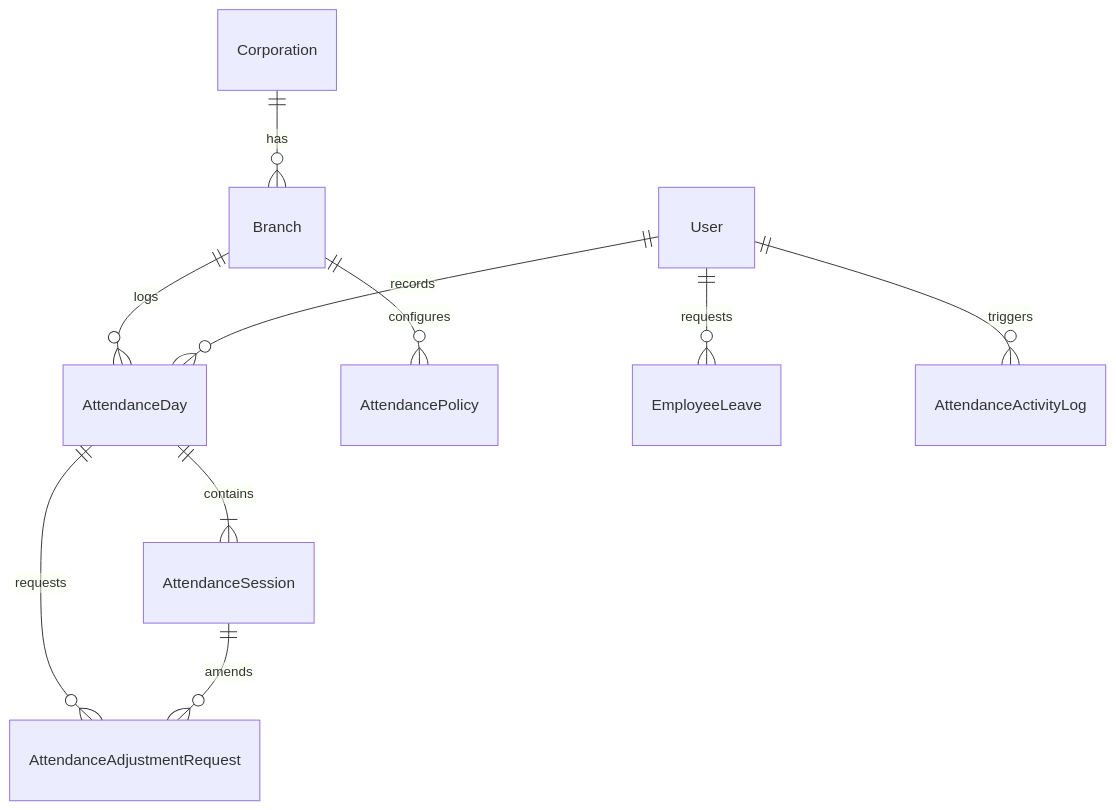
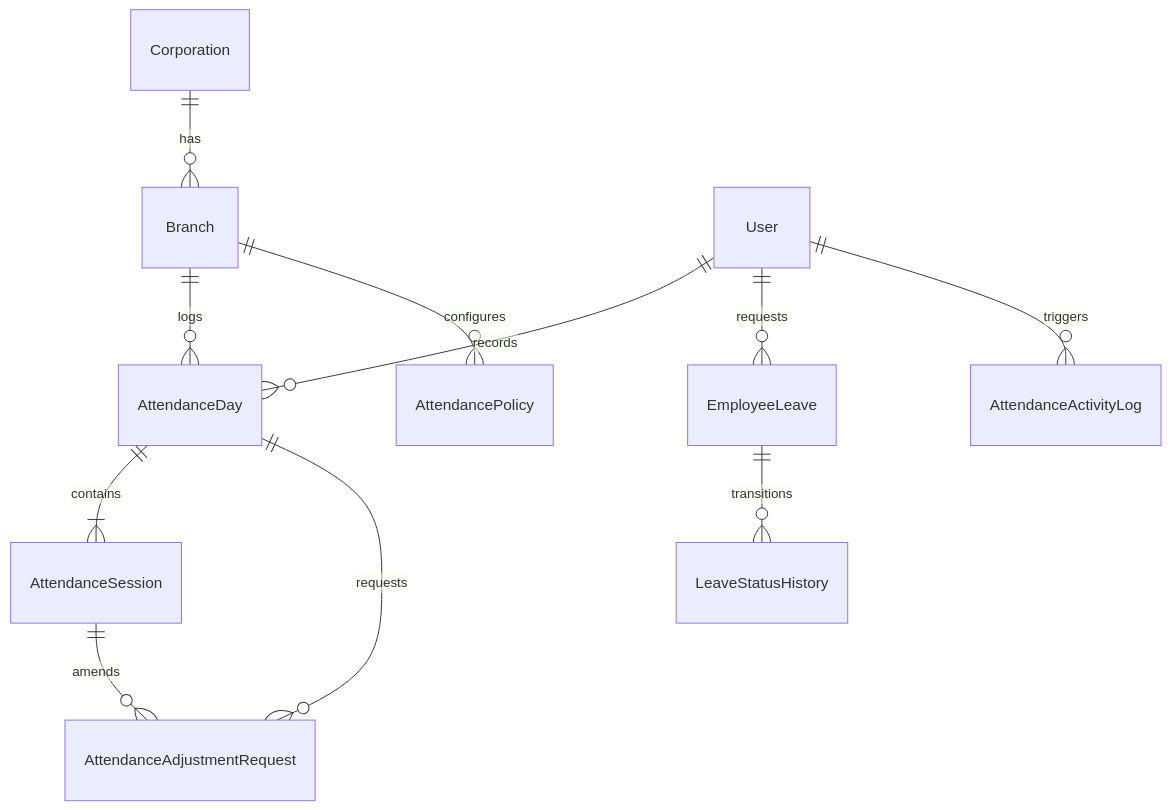
The first of 3 diagrams in docs/architecture/attendance_architecture.md (arpit0910/timeNest), drawn with Mermaid before and after one commit. The commit also changed other lines of this file and 12 other files, not shown here.

````diff
--- a/docs/architecture/attendance_architecture.md
+++ b/docs/architecture/attendance_architecture.md
@@ -20,12 +20,13 @@
 ```mermaid
 erDiagram
     Corporation ||--o{ Branch : has
     Branch ||--o{ AttendanceDay : logs
     Branch ||--o{ AttendancePolicy : configures
     User ||--o{ AttendanceDay : records
     User ||--o{ EmployeeLeave : requests
+    EmployeeLeave ||--o{ LeaveStatusHistory : transitions
     AttendanceDay ||--|{ AttendanceSession : contains
     AttendanceDay ||--o{ AttendanceAdjustmentRequest : requests
     AttendanceSession ||--o{ AttendanceAdjustmentRequest : amends
     User ||--o{ AttendanceActivityLog : triggers
 ```
````
